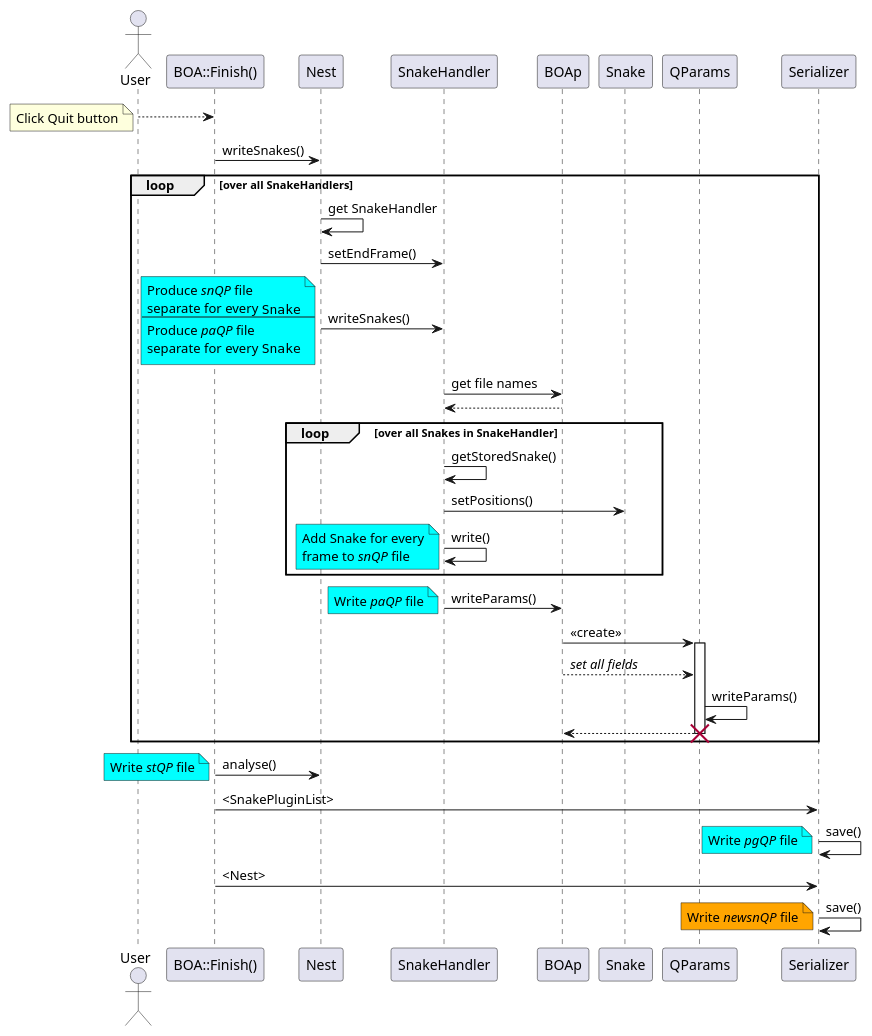
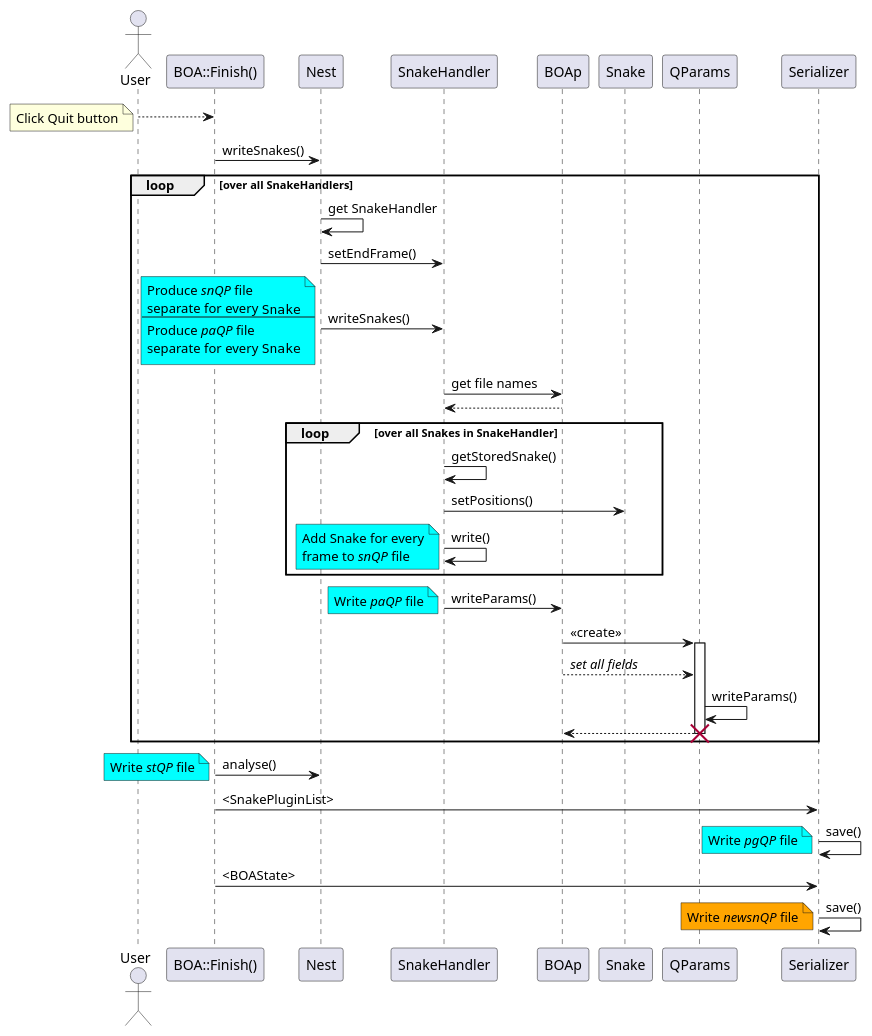
Before and after one commit to CellDynamics/QuimP: the first of 2 diagrams in Doxygen_doc/ConfigurationHandling.md, drawn with PlantUML. The commit also changed other lines of this file and 2 other files, not shown here.

Commit message:
Changed dump object to BOAState

```diff
--- a/Doxygen_doc/ConfigurationHandling.md
+++ b/Doxygen_doc/ConfigurationHandling.md
@@ -20,53 +20,53 @@
 @startuml
 Actor User
 participant "BOA::Finish()"
 participant Nest
 participant SnakeHandler
 participant BOAp
 participant Snake
 participant QParams
 participant Serializer
 
 User-->"BOA::Finish()"
 note left: Click Quit button
 "BOA::Finish()" -> Nest: writeSnakes()
 loop over all SnakeHandlers
 Nest -> Nest : get SnakeHandler
 Nest -> SnakeHandler : setEndFrame()
 Nest -> SnakeHandler : writeSnakes()
 note left #aqua
 Produce //snQP// file
 separate for every ""Snake""
 ---
 Produce //paQP// file
 separate for every ""Snake""
 end note
 SnakeHandler -> BOAp : get file names
 BOAp -->SnakeHandler
 loop over all Snakes in SnakeHandler
 SnakeHandler -> SnakeHandler : getStoredSnake()
 SnakeHandler -> Snake : setPositions()
 SnakeHandler -> SnakeHandler : write()
 note left #aqua
 Add Snake for every
 frame to //snQP// file
 end note
 end
 SnakeHandler -> BOAp : writeParams()
 note left #aqua : Write //paQP// file
 BOAp -> QParams : <<create>>
 activate QParams
 BOAp-->QParams : //set all fields//
 QParams -> QParams : writeParams()
 QParams --> BOAp
 destroy QParams
 end
 "BOA::Finish()" -> Nest: analyse()
 note left #aqua : Write //stQP// file
 "BOA::Finish()" -> Serializer : <SnakePluginList>
 Serializer -> Serializer : save()
 note left #aqua : Write //pgQP// file
-"BOA::Finish()" -> Serializer : <Nest>
+"BOA::Finish()" -> Serializer : <BOAState>
 Serializer -> Serializer : save()
 note left #orange : Write //newsnQP// file
 @enduml
```
